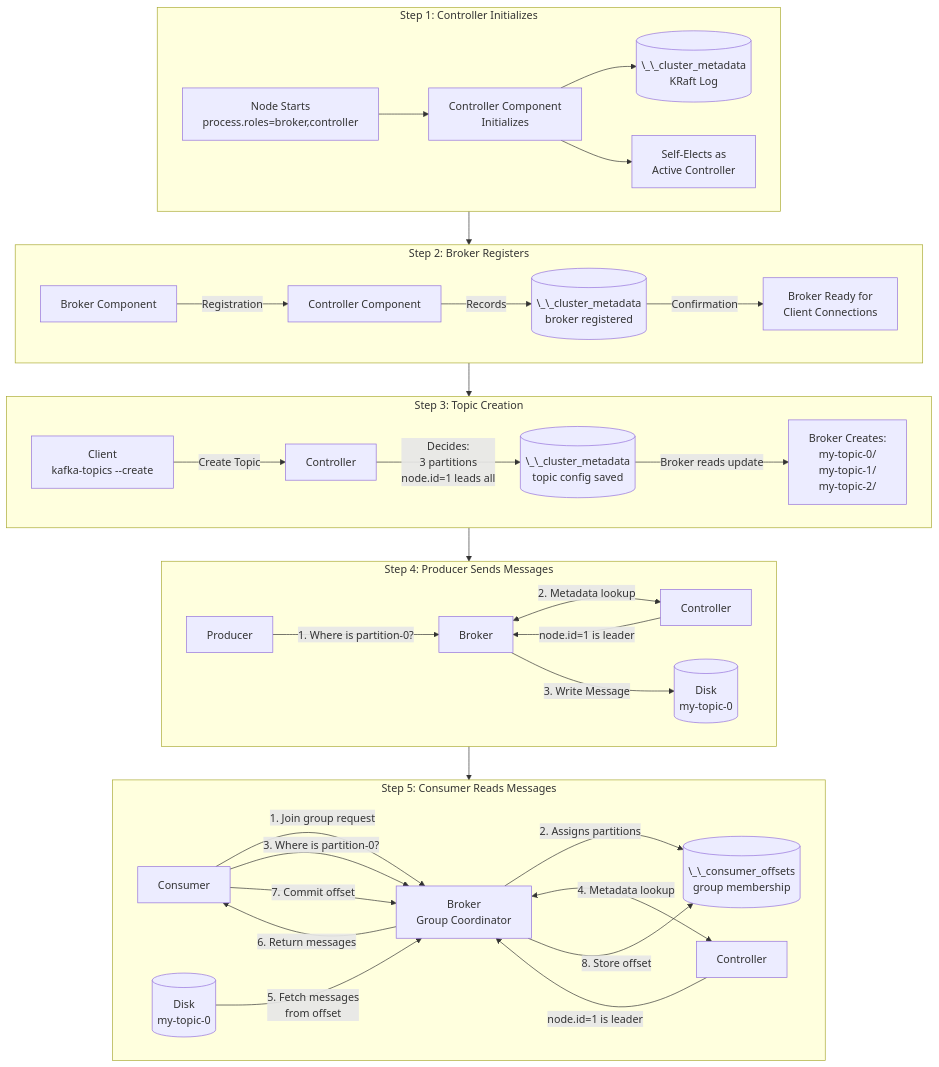
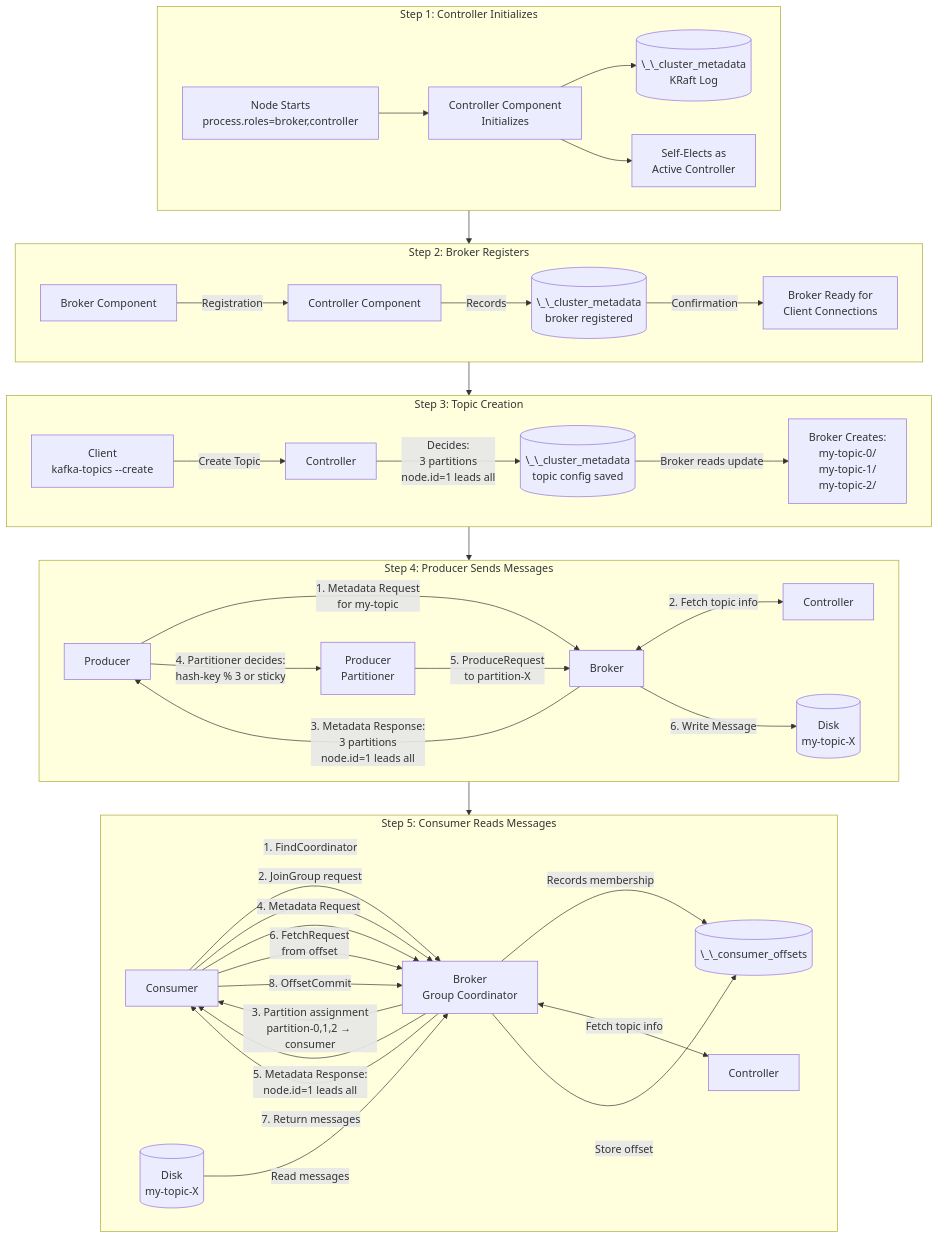
One commit to dilipsundarraj1/kafka-for-developers-using-spring-boot-v2 changed the diagram in docs/kraft-single-broker-flow.mmd. Above: the diagram before and after it, drawn with Mermaid. The commit also changed 1 other file, not shown here.

Commit message:
added the latest diagram

```diff
--- a/docs/kraft-single-broker-flow.mmd
+++ b/docs/kraft-single-broker-flow.mmd
@@ -1,42 +1,47 @@
 flowchart TB
     subgraph step1["Step 1: Controller Initializes"]
         A[Node Starts<br/>process.roles=broker,controller] --> B[Controller Component<br/>Initializes]
         B --> C[(\_\_cluster_metadata<br/>KRaft Log)]
         B --> D[Self-Elects as<br/>Active Controller]
     end
 
     subgraph step2["Step 2: Broker Registers"]
         E[Broker Component] -->|Registration| F[Controller Component]
         F -->|Records| G[(\_\_cluster_metadata<br/>broker registered)]
         G -->|Confirmation| H[Broker Ready for<br/>Client Connections]
     end
 
     subgraph step3["Step 3: Topic Creation"]
         I[Client<br/>kafka-topics --create] -->|Create Topic| J[Controller]
         J -->|Decides:<br/>3 partitions<br/>node.id=1 leads all| K[(\_\_cluster_metadata<br/>topic config saved)]
         K -->|Broker reads update| L[Broker Creates:<br/>my-topic-0/<br/>my-topic-1/<br/>my-topic-2/]
     end
 
     subgraph step4["Step 4: Producer Sends Messages"]
-        M[Producer] -->|1. Where is partition-0?| N[Broker]
-        N <-->|2. Metadata lookup| O[Controller]
-        O -->|node.id=1 is leader| N
-        N -->|3. Write Message| P[(Disk<br/>my-topic-0)]
+        M[Producer] -->|1. Metadata Request<br/>for my-topic| N[Broker]
+        N <-->|2. Fetch topic info| O[Controller]
+        N -->|3. Metadata Response:<br/>3 partitions<br/>node.id=1 leads all| M
+        M -->|4. Partitioner decides:<br/>hash-key % 3 or sticky| M2[Producer<br/>Partitioner]
+        M2 -->|5. ProduceRequest<br/>to partition-X| N
+        N -->|6. Write Message| P[(Disk<br/>my-topic-X)]
     end
 
     subgraph step5["Step 5: Consumer Reads Messages"]
-        Q[Consumer] -->|1. Join group request| R[Broker<br/>Group Coordinator]
-        R -->|2. Assigns partitions| S[(\_\_consumer_offsets<br/>group membership)]
-        Q -->|3. Where is partition-0?| R
-        R <-->|4. Metadata lookup| T[Controller]
-        T -->|node.id=1 is leader| R
-        U[(Disk<br/>my-topic-0)] -->|5. Fetch messages<br/>from offset| R
-        R -->|6. Return messages| Q
-        Q -->|7. Commit offset| R
-        R -->|8. Store offset| S
+        Q[Consumer] -->|1. FindCoordinator| R[Broker<br/>Group Coordinator]
+        Q -->|2. JoinGroup request| R
+        R -->|3. Partition assignment<br/>partition-0,1,2 → consumer| Q
+        R -->|Records membership| S[(\_\_consumer_offsets)]
+        Q -->|4. Metadata Request| R
+        R <-->|Fetch topic info| T[Controller]
+        R -->|5. Metadata Response:<br/>node.id=1 leads all| Q
+        Q -->|6. FetchRequest<br/>from offset| R
+        U[(Disk<br/>my-topic-X)] -->|Read messages| R
+        R -->|7. Return messages| Q
+        Q -->|8. OffsetCommit| R
+        R -->|Store offset| S
     end
 
     step1 --> step2
     step2 --> step3
     step3 --> step4
     step4 --> step5
```
